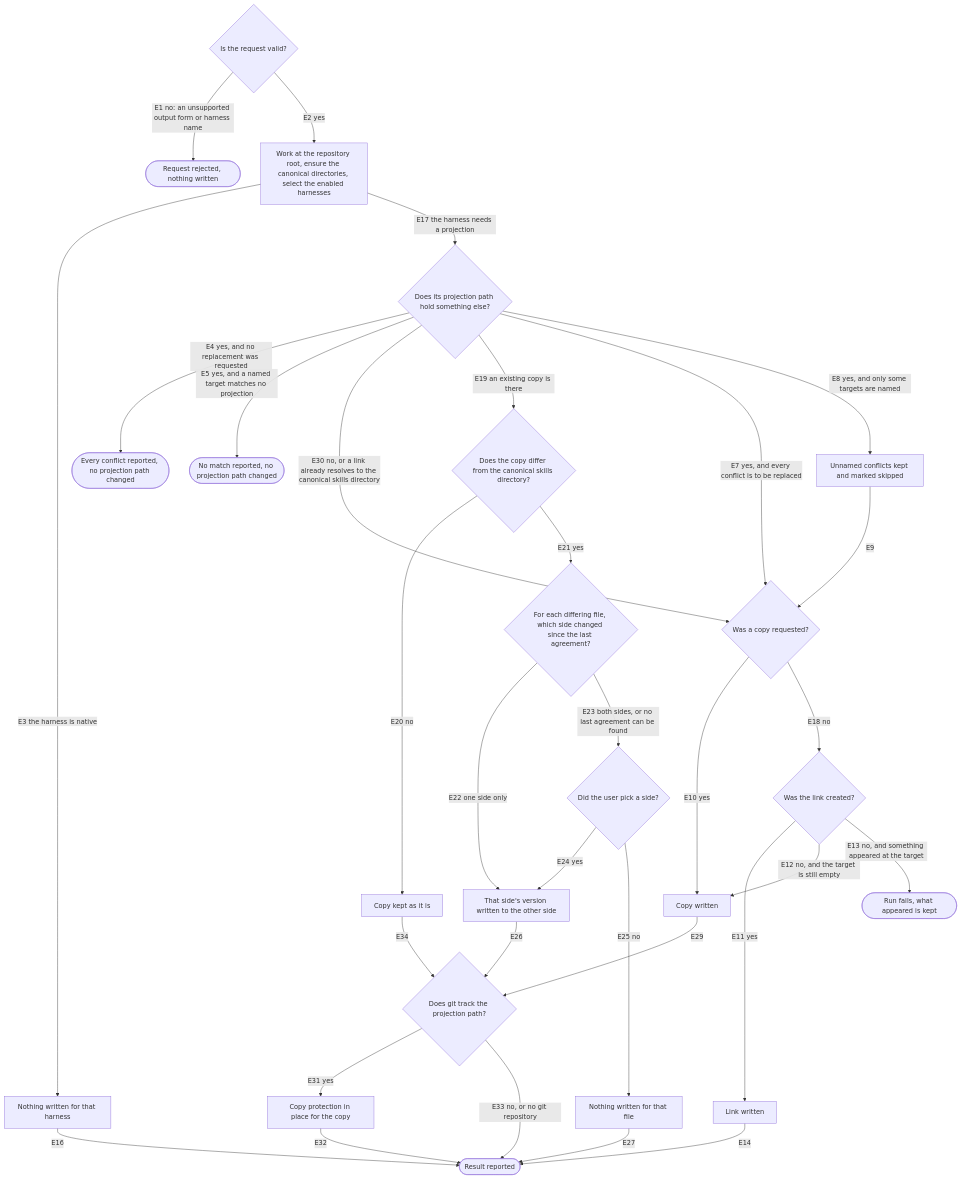
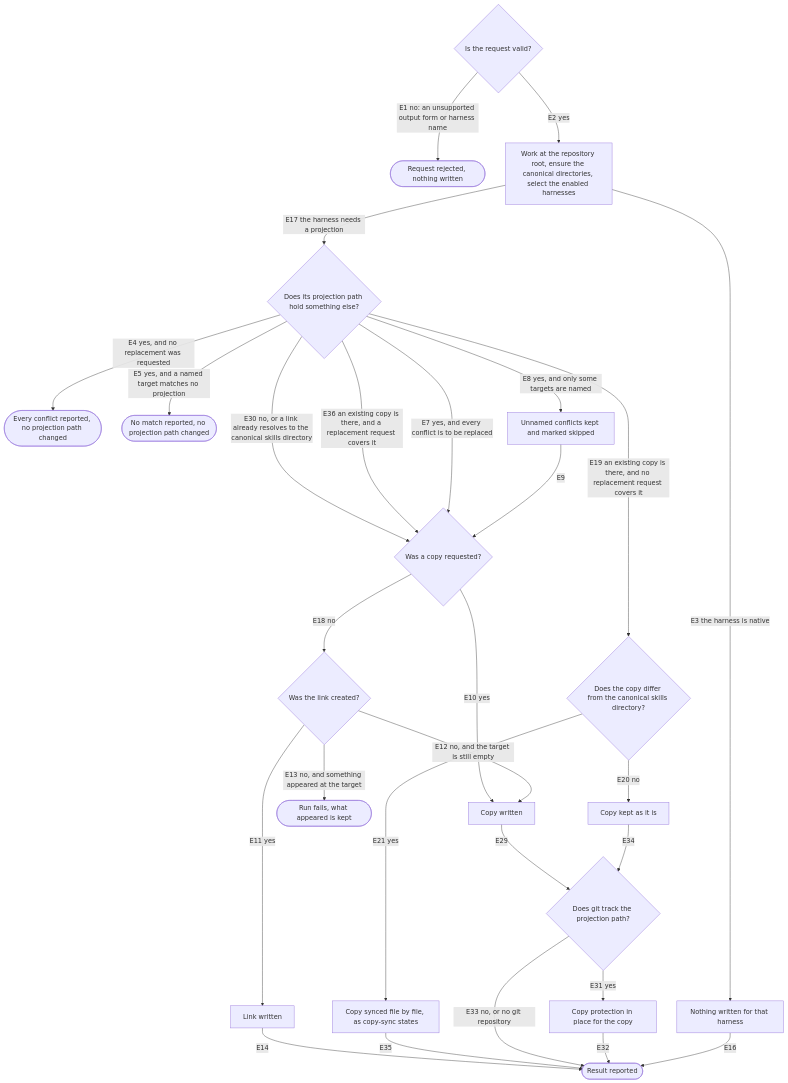
Before and after one commit to repobuddy/buddy-agent-harness: the diagram in packages/buddy-agent-harness/.agents/spec/harness-init/graph.md, drawn with Mermaid. The commit also changed other lines of this file and 7 other files, not shown here.

First line of the commit message:
docs(spec): add the copy-sync spec and record Copilot's instruction readers

````diff
--- a/packages/buddy-agent-harness/.agents/spec/harness-init/graph.md
+++ b/packages/buddy-agent-harness/.agents/spec/harness-init/graph.md
@@ -6,35 +6,31 @@
 ```mermaid
 flowchart TD
   request{Is the request valid?}
   request -->|E1 no: an unsupported output form or harness name| rejected([Request rejected, nothing written])
   request -->|E2 yes| scaffold[Work at the repository root, ensure the canonical directories, select the enabled harnesses]
   scaffold -->|E3 the harness is native| native[Nothing written for that harness]
   scaffold -->|E17 the harness needs a projection| conflicts{Does its projection path hold something else?}
   conflicts -->|E4 yes, and no replacement was requested| reported([Every conflict reported, no projection path changed])
   conflicts -->|E5 yes, and a named target matches no projection| nomatch([No match reported, no projection path changed])
   conflicts -->|E30 no, or a link already resolves to the canonical skills directory| copy
-  conflicts -->|E19 an existing copy is there| drift{Does the copy differ from the canonical skills directory?}
+  conflicts -->|E36 an existing copy is there, and a replacement request covers it| copy
+  conflicts -->|E19 an existing copy is there, and no replacement request covers it| drift{Does the copy differ from the canonical skills directory?}
   conflicts -->|E7 yes, and every conflict is to be replaced| copy
   conflicts -->|E8 yes, and only some targets are named| skipped[Unnamed conflicts kept and marked skipped]
   skipped -->|E9| copy{Was a copy requested?}
   copy -->|E10 yes| copied[Copy written]
   copy -->|E18 no| link{Was the link created?}
   link -->|E11 yes| linked[Link written]
   link -->|E12 no, and the target is still empty| copied
   link -->|E13 no, and something appeared at the target| failed([Run fails, what appeared is kept])
   linked -->|E14| result([Result reported])
   copied -->|E29| tracked{Does git track the projection path?}
   drift -->|E20 no| kept[Copy kept as it is]
   kept -->|E34| tracked
-  drift -->|E21 yes| sync{For each differing file, which side changed since the last agreement?}
-  sync -->|E22 one side only| synced[That side's version written to the other side]
-  sync -->|E23 both sides, or no last agreement can be found| ask{Did the user pick a side?}
-  ask -->|E24 yes| synced
-  ask -->|E25 no| left[Nothing written for that file]
-  synced -->|E26| tracked
-  left -->|E27| result
+  drift -->|E21 yes| synced[Copy synced file by file, as copy-sync states]
+  synced -->|E35| result
   tracked -->|E31 yes| protected[Copy protection in place for the copy]
   tracked -->|E33 no, or no git repository| result
   protected -->|E32| result
   native -->|E16| result
 ```
````
